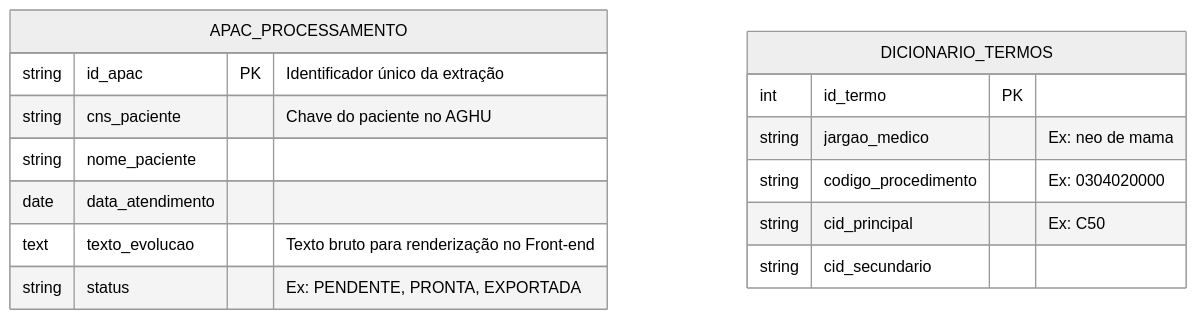
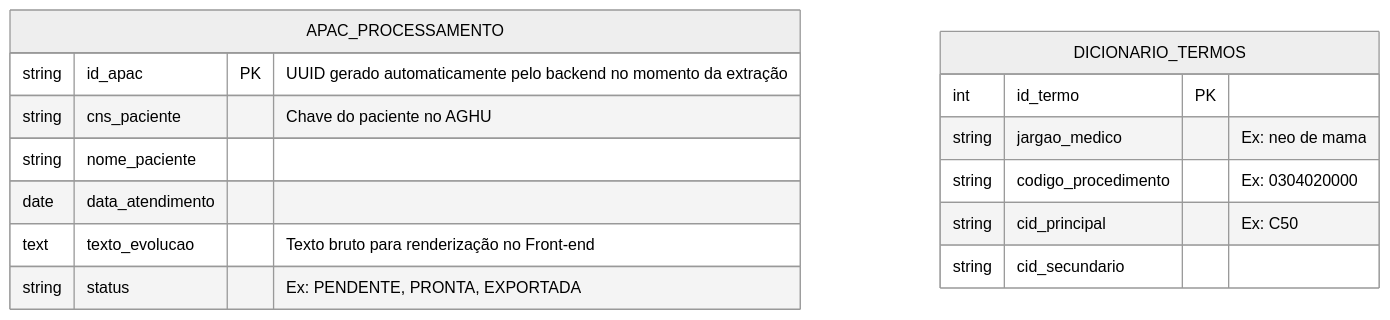
The diagram in 04-modelo-dados.md (DDRZzz/documentacao_APAC), drawn with Mermaid (neutral theme) before and after one commit.

````diff
--- a/04-modelo-dados.md
+++ b/04-modelo-dados.md
@@ -5,19 +5,19 @@
 ```mermaid
 erDiagram
     APAC_PROCESSAMENTO {
-        string id_apac PK "Identificador único da extração"
+        string id_apac PK "UUID gerado automaticamente pelo backend no momento da extração"
         string cns_paciente "Chave do paciente no AGHU"
         string nome_paciente
         date data_atendimento
         text texto_evolucao "Texto bruto para renderização no Front-end"
         string status "Ex: PENDENTE, PRONTA, EXPORTADA"
     }
 
     DICIONARIO_TERMOS {
         int id_termo PK
         string jargao_medico "Ex: neo de mama"
         string codigo_procedimento "Ex: 0304020000"
         string cid_principal "Ex: C50"
         string cid_secundario 
     }
 ```
````
